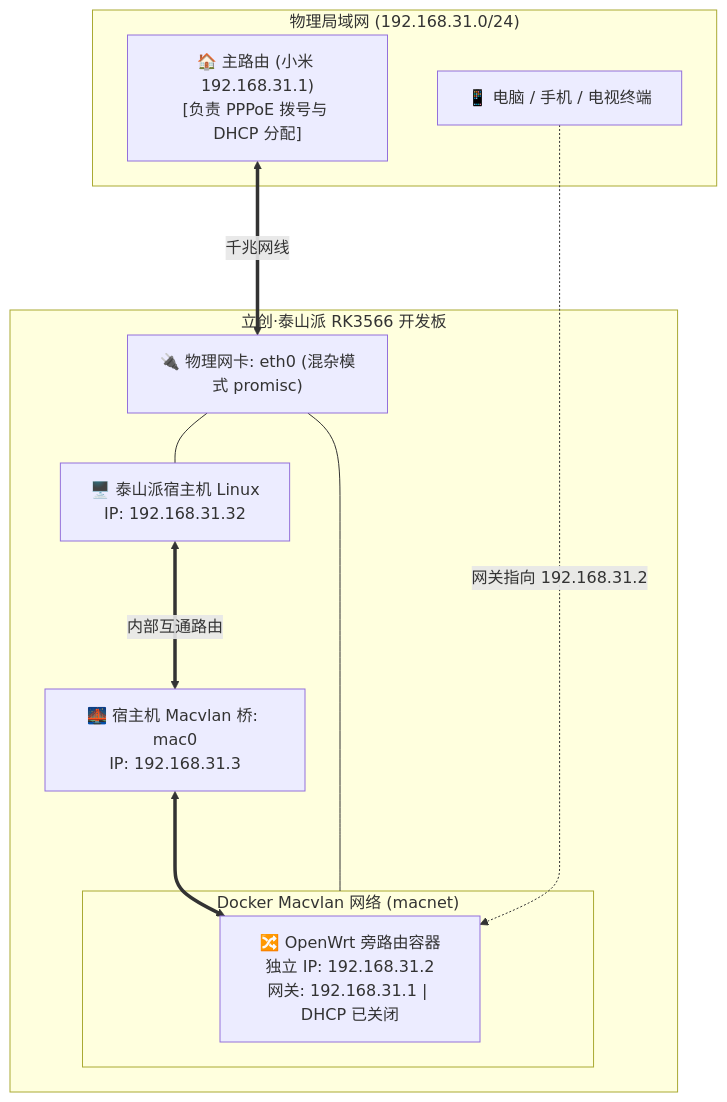
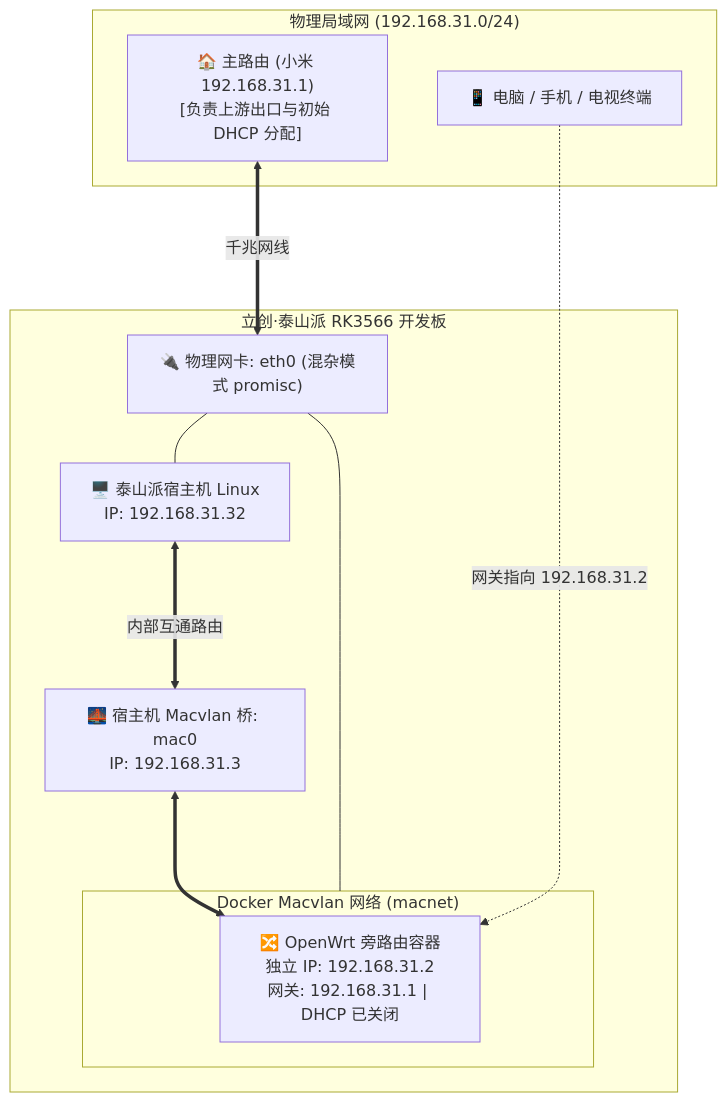
The diagram in docs/02-projects/hardware-embedded/taishanpi/04-openwrt-bypass-gateway-setup.mdx (Xepanda/wiki), drawn with Mermaid before and after one commit. The commit also changed other lines of this file and 2 other files, not shown here.

Commit message:
docs: document home DHCP proxy and YunShu Tailscale coexistence

````diff
--- a/docs/02-projects/hardware-embedded/taishanpi/04-openwrt-bypass-gateway-setup.mdx
+++ b/docs/02-projects/hardware-embedded/taishanpi/04-openwrt-bypass-gateway-setup.mdx
@@ -17,23 +22,23 @@
 ```mermaid
 flowchart TB
     subgraph PhysicalLAN["物理局域网 (192.168.31.0/24)"]
-        Router["🏠 主路由 (小米 192.168.31.1)\n[负责 PPPoE 拨号与 DHCP 分配]"]
+        Router["🏠 主路由 (小米 192.168.31.1)\n[负责上游出口与初始 DHCP 分配]"]
         Clients["📱 电脑 / 手机 / 电视终端"]
     end
 
     subgraph TaiShanPi["立创·泰山派 RK3566 开发板"]
         ETH0["🔌 物理网卡: eth0 (混杂模式 promisc)"]
         HostIP["🖥️ 泰山派宿主机 Linux\nIP: 192.168.31.32"]
         Bridge["🌉 宿主机 Macvlan 桥: mac0\nIP: 192.168.31.3"]
         
         subgraph DockerMacnet["Docker Macvlan 网络 (macnet)"]
             OpenWrtContainer["🔀 OpenWrt 旁路由容器\n独立 IP: 192.168.31.2\n网关: 192.168.31.1 | DHCP 已关闭"]
         end
     end
 
     Router <===>|千兆网线| ETH0
     ETH0 --- HostIP
     ETH0 --- DockerMacnet
     HostIP <===>|内部互通路由| Bridge <===> OpenWrtContainer
     Clients -.->|网关指向 192.168.31.2| OpenWrtContainer
 ```
````
